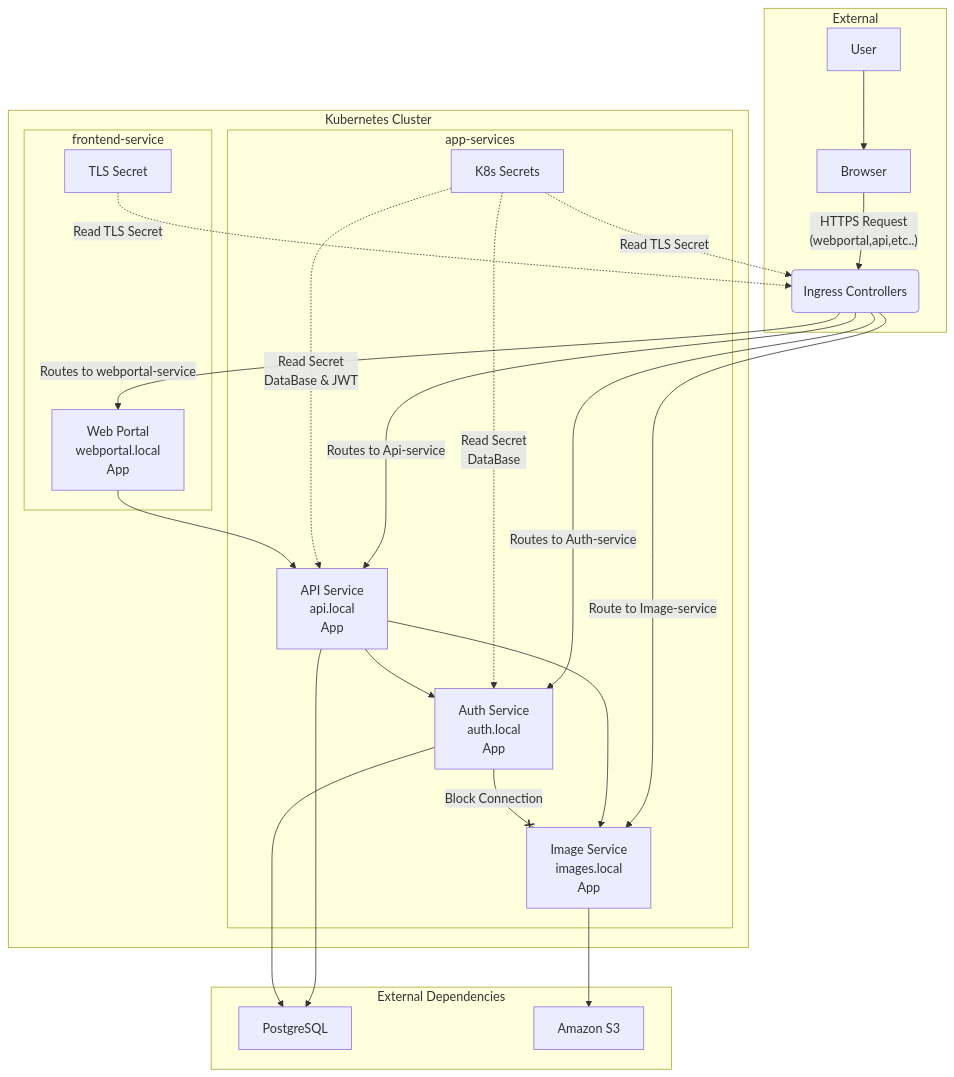
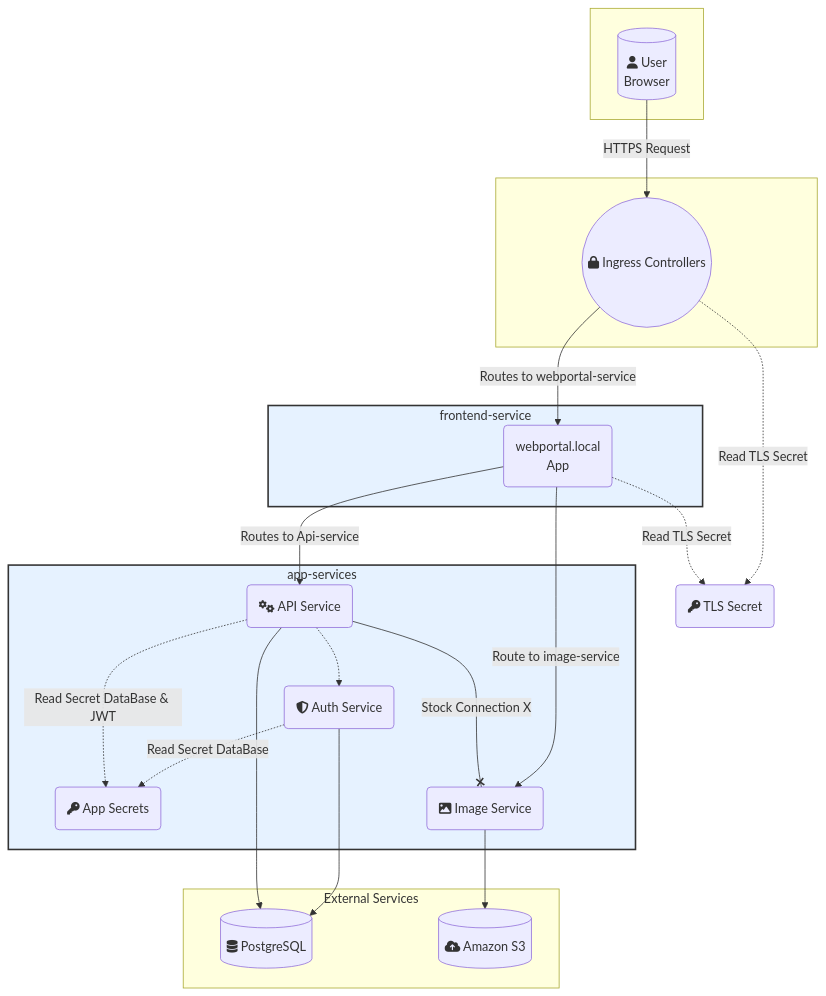
The diagram in README.md (Pep15/Practical_SRE), drawn with Mermaid before and after one commit.

````diff
--- a/README.md
+++ b/README.md
@@ -5,49 +5,57 @@
 ```mermaid
 graph TD
-    subgraph External
-        User --> Browser
-        Browser --> |"HTTPS Request<br>(webportal,api,etc..)"| Ingress(Ingress Controllers)
+    subgraph " "
+        User[("fa:fa-user User<br>Browser")]
     end
 
-    subgraph "Kubernetes Cluster"
-        subgraph "frontend-service"
-            WebPortal["Web Portal<br>webportal.local<br>App"]
-            TLS_Secret_FE["TLS Secret"]
-        end
+    subgraph " "
+        Ingress(("fa:fa-lock Ingress Controllers"))
+    end
+    
+    K8sTlsSecret(fa:fa-key TLS Secret)
 
-        subgraph "app-services"
-            K8s_Secrets["K8s Secrets"]
-            APIService["API Service<br>api.local<br>App"]
-            AuthService["Auth Service<br>auth.local<br>App"]
-            ImageService["Image Service<br>images.local<br>App"]
-        end
+    subgraph frontend-service
+        style frontend-service fill:#e6f2ff,stroke:#333,stroke-width:2px
+        WebPortal("webportal.local<br>App")
     end
 
-    subgraph "External Dependencies"
-        PostgreSQL
-        S3["Amazon S3"]
+    subgraph app-services
+        style app-services fill:#e6f2ff,stroke:#333,stroke-width:2px
+        K8sAppSecret(fa:fa-key App Secrets)
+        ApiService("fa:fa-cogs API Service")
+        AuthService("fa:fa-shield-alt Auth Service")
+        ImageService("fa:fa-image Image Service")
     end
 
-    %% Connections from Ingress
-    Ingress --> |"Routes to webportal-service"| WebPortal
-    Ingress --> |"Routes to Api-service"| APIService
-    Ingress --> |"Route to Image-service"| ImageService
-    Ingress --> |"Routes to Auth-service"| AuthService
+    subgraph "External Services"
+        PostgreSQL[("fa:fa-database PostgreSQL")]
+        S3[("fa:fa-cloud-upload Amazon S3")]
+    end
 
-    %% Secret Connections
-    TLS_Secret_FE -.-> |"Read TLS Secret"| Ingress
-    K8s_Secrets -.-> |"Read TLS Secret"| Ingress
-    K8s_Secrets -.-> |"Read Secret<br>DataBase & JWT"| APIService
-    K8s_Secrets -.-> |"Read Secret<br>DataBase"| AuthService
+    %% --- Connections ---
 
-    %% Internal Connections
-    WebPortal --> APIService
-    APIService --> AuthService
-    APIService --> ImageService
-    APIService --> PostgreSQL
+    %% User Flow
+    User -- "HTTPS Request" --> Ingress
+
+    %% Ingress & Frontend
+    Ingress -- "Routes to webportal-service" --> WebPortal
+    Ingress -.->|Read TLS Secret| K8sTlsSecret
+    WebPortal -.->|Read TLS Secret| K8sTlsSecret
+
+    %% Frontend to Backend
+    WebPortal -- "Routes to Api-service" --> ApiService
+    WebPortal -- "Route to image-service" --> ImageService
+
+    %% Backend Services
+    ApiService -.-> AuthService
+    ApiService -- "Stock Connection X" ---x ImageService
+    
+    %% Secret Reads in Backend
+    AuthService -.->|Read Secret DataBase| K8sAppSecret
+    ApiService -.->|Read Secret DataBase & JWT| K8sAppSecret
+
+    %% Backend to External
     AuthService --> PostgreSQL
+    ApiService --> PostgreSQL
     ImageService --> S3
-
-    %% Blocked Connection
-    AuthService --x |"Block Connection"| ImageService
 ```
````
